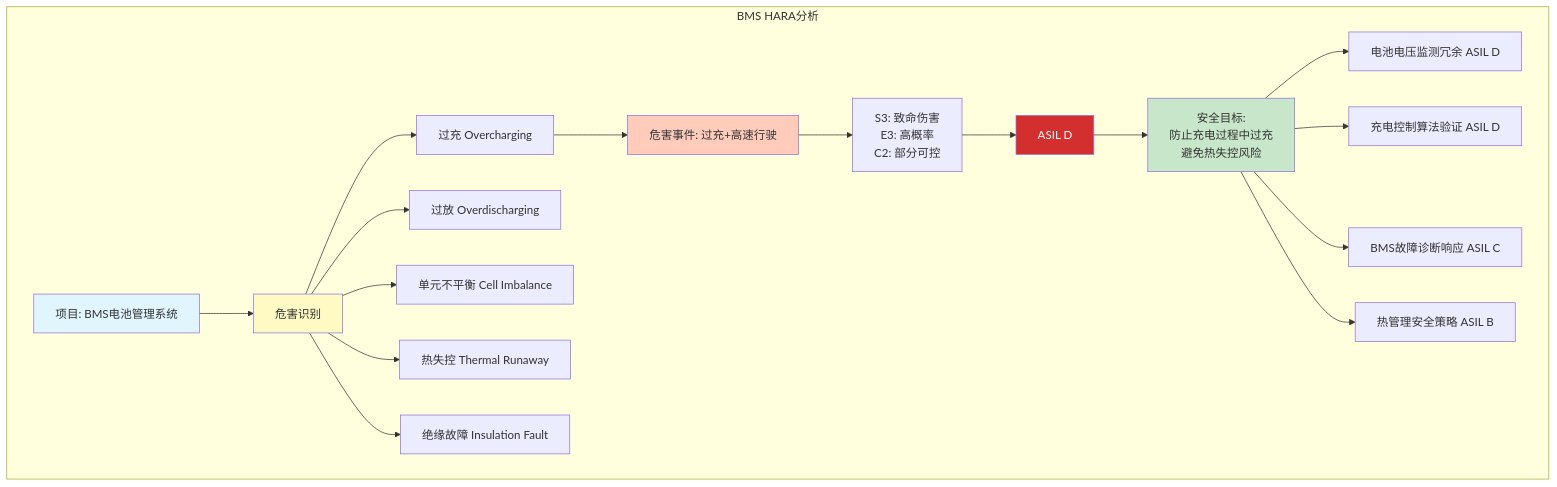
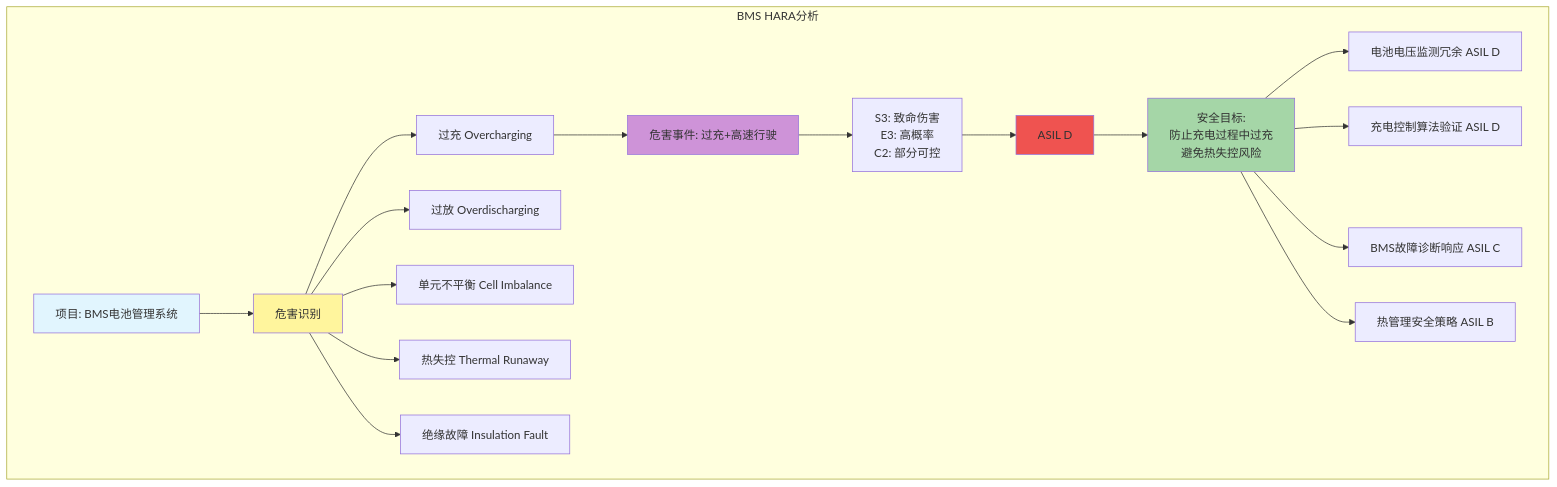
Before and after one commit to s-ai-unix/blog: the third of 3 diagrams in content/posts/2026-01-16-hara-automotive-analysis.md, drawn with Mermaid. The commit also changed other lines of this file and 3 other files, not shown here.

````diff
--- a/content/posts/2026-01-16-hara-automotive-analysis.md
+++ b/content/posts/2026-01-16-hara-automotive-analysis.md
@@ -317,28 +317,28 @@
 ```mermaid
 graph TB
     subgraph BMS HARA分析
         Item[项目: BMS电池管理系统] --> Hazard[危害识别]
         Hazard --> H1[过充 Overcharging]
         Hazard --> H2[过放 Overdischarging]
         Hazard --> H3[单元不平衡 Cell Imbalance]
         Hazard --> H4[热失控 Thermal Runaway]
         Hazard --> H5[绝缘故障 Insulation Fault]
 
         H1 --> Event[危害事件: 过充+高速行驶]
         Event --> Assess[S3: 致命伤害<br>E3: 高概率<br>C2: 部分可控]
         Assess --> ASILD[ASIL D]
 
         ASILD --> Goal[安全目标:<br>防止充电过程中过充<br>避免热失控风险]
 
         Goal --> FSR1[电池电压监测冗余 ASIL D]
         Goal --> FSR2[充电控制算法验证 ASIL D]
         Goal --> FSR3[BMS故障诊断响应 ASIL C]
         Goal --> FSR4[热管理安全策略 ASIL B]
     end
 
     style Item fill:#e1f5fe
-    style Hazard fill:#fff9c4
-    style Event fill:#ffccbc
-    style ASILD fill:#d32f2f,color:#fff
-    style Goal fill:#c8e6c9
+    style Hazard fill:#fff59d
+    style Event fill:#ce93d8
+    style ASILD fill:#ef5350
+    style Goal fill:#a5d6a7
 ```
````
